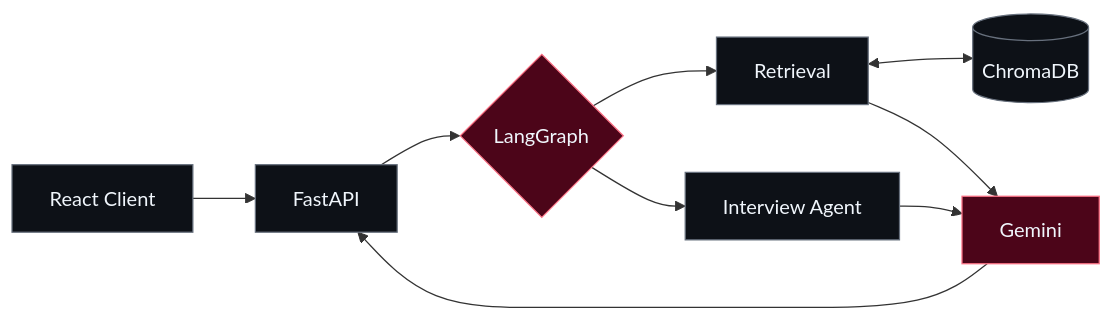
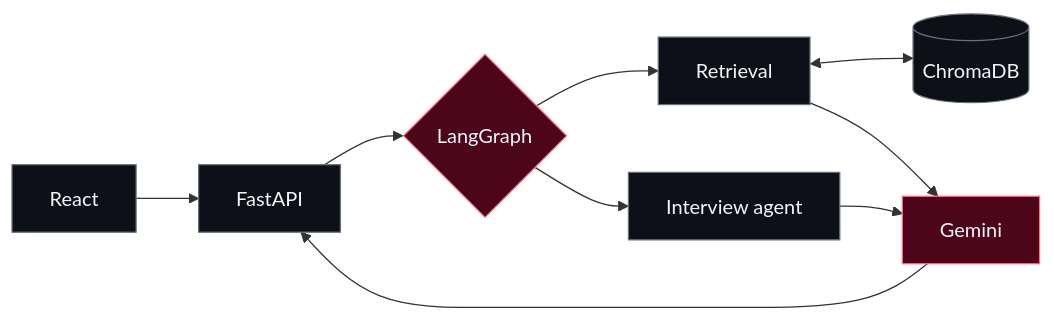
The diagram in README.md (harsh24239/harsh24239), drawn with Mermaid before and after one commit. The commit also changed other lines of this file, not shown here.

````diff
--- a/README.md
+++ b/README.md
@@ -68,15 +108,15 @@
 ```mermaid
 flowchart LR
-    UI["React Client"] --> API["FastAPI"]
-    API --> ORCH{"LangGraph"}
-    ORCH --> RAG["Retrieval"]
-    ORCH --> INT["Interview Agent"]
+    UI["React"] --> API["FastAPI"]
+    API --> AGENT{"LangGraph"}
+    AGENT --> RAG["Retrieval"]
+    AGENT --> INT["Interview agent"]
     RAG <--> DB[("ChromaDB")]
     RAG --> LLM["Gemini"]
     INT --> LLM
     LLM --> API
     classDef accent fill:#4C0519,stroke:#FB7185,color:#F0F6FC;
     classDef base fill:#0D1117,stroke:#67707D,color:#F0F6FC;
-    class ORCH,LLM accent;
+    class AGENT,LLM accent;
     class UI,API,RAG,INT,DB base;
 ```
````
